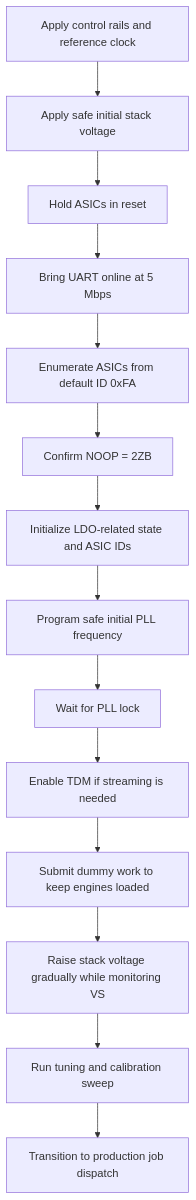
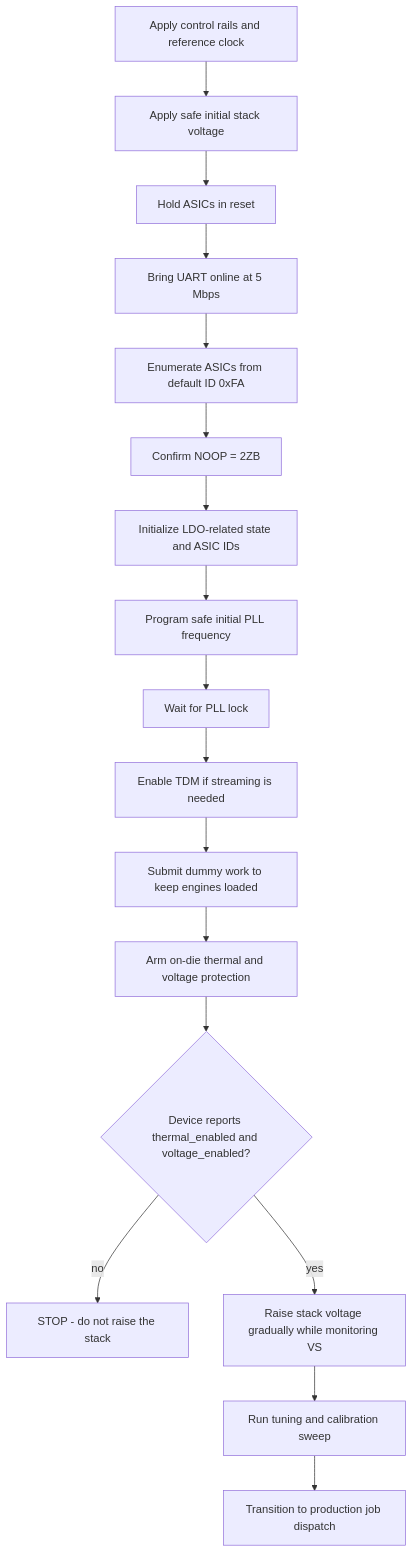
Before and after one commit to Blockscale-Solutions/bzm2-hwref: the second of 2 diagrams in references/blockscale-asic-integration-guide.md, drawn with Mermaid. The commit also changed other lines of this file, not shown here.

First line of the commit message:
references: arm the on-die protection before the stack ramp

````diff
--- a/references/blockscale-asic-integration-guide.md
+++ b/references/blockscale-asic-integration-guide.md
@@ -386,16 +407,19 @@
 ```mermaid
 flowchart TD
     A["Apply control rails and reference clock"] --> B["Apply safe initial stack voltage"]
     B --> C["Hold ASICs in reset"]
     C --> D["Bring UART online at 5 Mbps"]
     D --> E["Enumerate ASICs from default ID 0xFA"]
     E --> F["Confirm NOOP = 2ZB"]
     F --> G["Initialize LDO-related state and ASIC IDs"]
     G --> H["Program safe initial PLL frequency"]
     H --> I["Wait for PLL lock"]
     I --> J["Enable TDM if streaming is needed"]
     J --> K["Submit dummy work to keep engines loaded"]
-    K --> L["Raise stack voltage gradually while monitoring VS"]
+    K --> P["Arm on-die thermal and voltage protection"]
+    P --> Q{"Device reports thermal_enabled and voltage_enabled?"}
+    Q -->|no| STOP["STOP - do not raise the stack"]
+    Q -->|yes| L["Raise stack voltage gradually while monitoring VS"]
     L --> M["Run tuning and calibration sweep"]
     M --> N["Transition to production job dispatch"]
 ```
````
